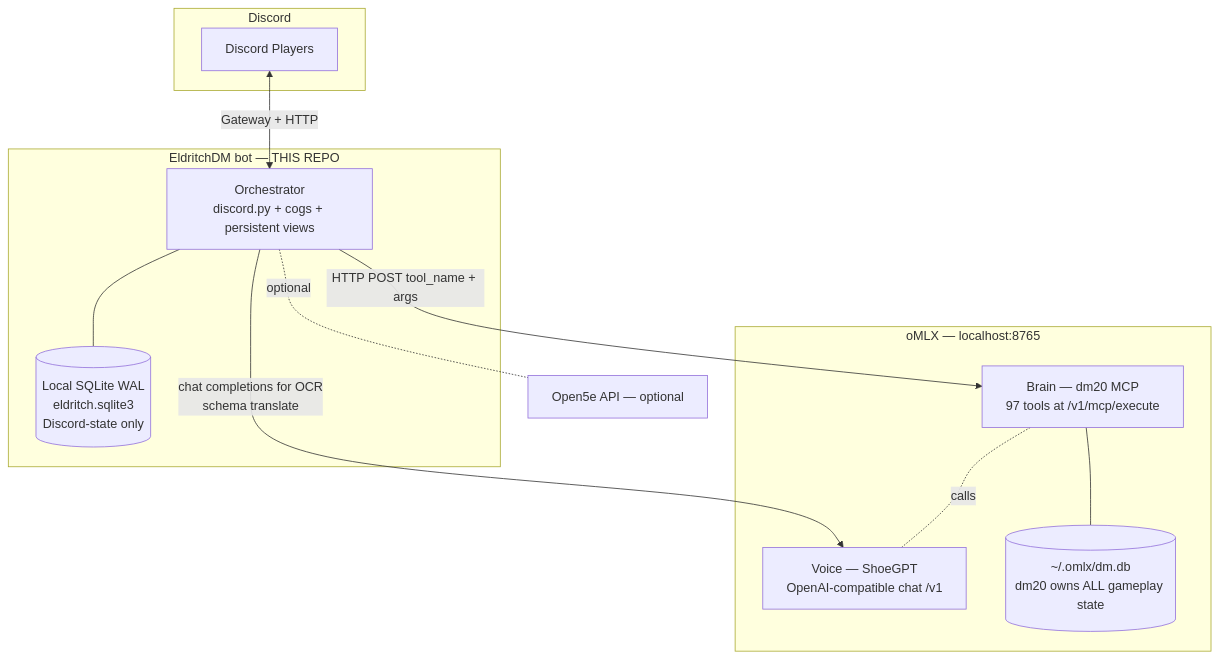
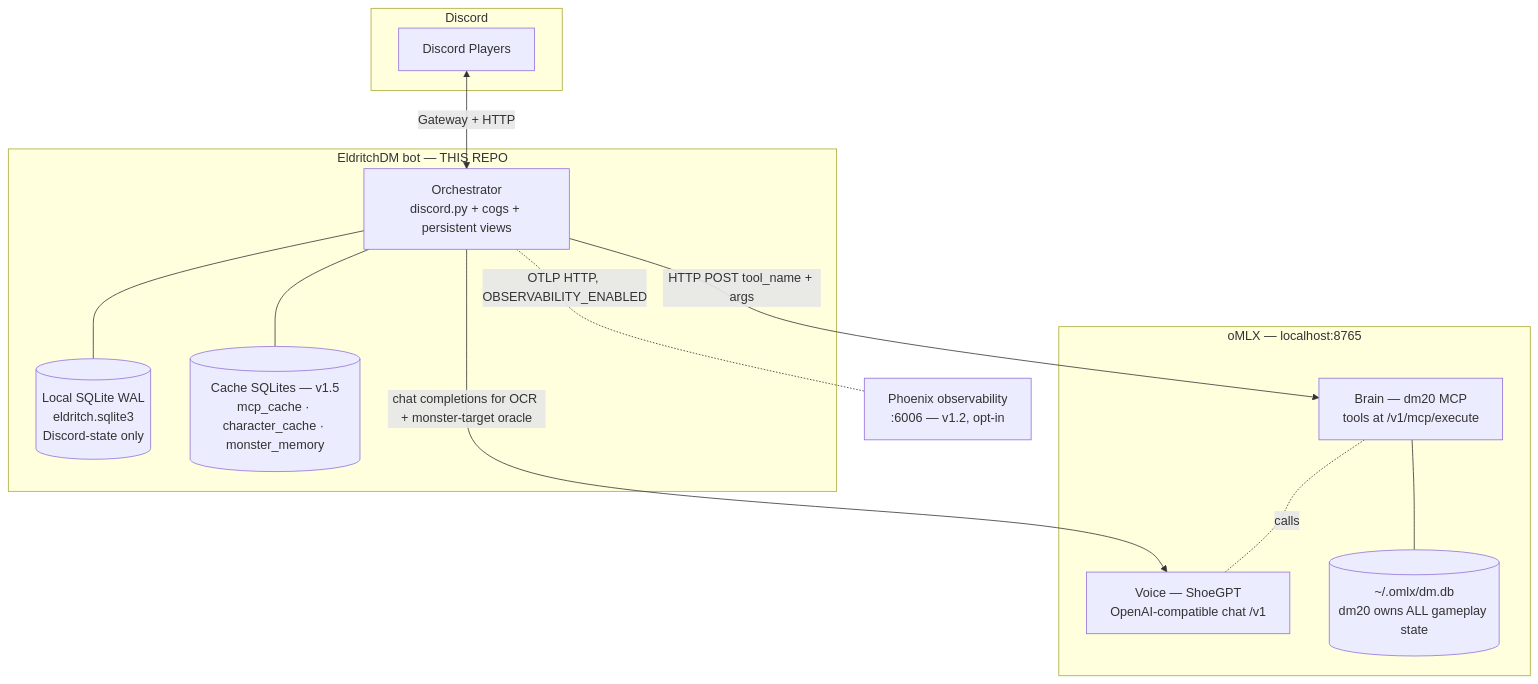
Before and after one commit to shoemoney/eldritchdm: the diagram in docs/ARCHITECTURE.md, drawn with Mermaid. The commit also changed other lines of this file, not shown here.

First line of the commit message:
docs(architecture): reflect 11 milestones of new subsystems

````diff
--- a/docs/ARCHITECTURE.md
+++ b/docs/ARCHITECTURE.md
@@ -29,27 +37,29 @@
 ```mermaid
 graph TD
     subgraph Discord
         Players[Discord Players]
     end
 
     subgraph "EldritchDM bot — THIS REPO"
         Orchestrator[Orchestrator<br/>discord.py + cogs + persistent views]
         LocalDB[(Local SQLite WAL<br/>eldritch.sqlite3<br/>Discord-state only)]
+        Caches[(Cache SQLites — v1.5<br/>mcp_cache · character_cache · monster_memory)]
         Orchestrator --- LocalDB
+        Orchestrator --- Caches
     end
 
     subgraph "oMLX — localhost:8765"
         Voice[Voice — ShoeGPT<br/>OpenAI-compatible chat /v1]
-        Brain[Brain — dm20 MCP<br/>97 tools at /v1/mcp/execute]
+        Brain[Brain — dm20 MCP<br/>tools at /v1/mcp/execute]
         GameDB[(~/.omlx/dm.db<br/>dm20 owns ALL gameplay state)]
         Brain --- GameDB
         Brain -.calls.- Voice
     end
 
-    Open5e[Open5e API — optional]
+    Phoenix[Phoenix observability<br/>:6006 — v1.2, opt-in]
 
     Players <-->|Gateway + HTTP| Orchestrator
     Orchestrator -->|HTTP POST tool_name + args| Brain
-    Orchestrator -->|chat completions for OCR<br/>schema translate| Voice
-    Orchestrator -.optional.- Open5e
+    Orchestrator -->|chat completions for OCR + monster-target oracle| Voice
+    Orchestrator -.OTLP HTTP, OBSERVABILITY_ENABLED.- Phoenix
 ```
````
